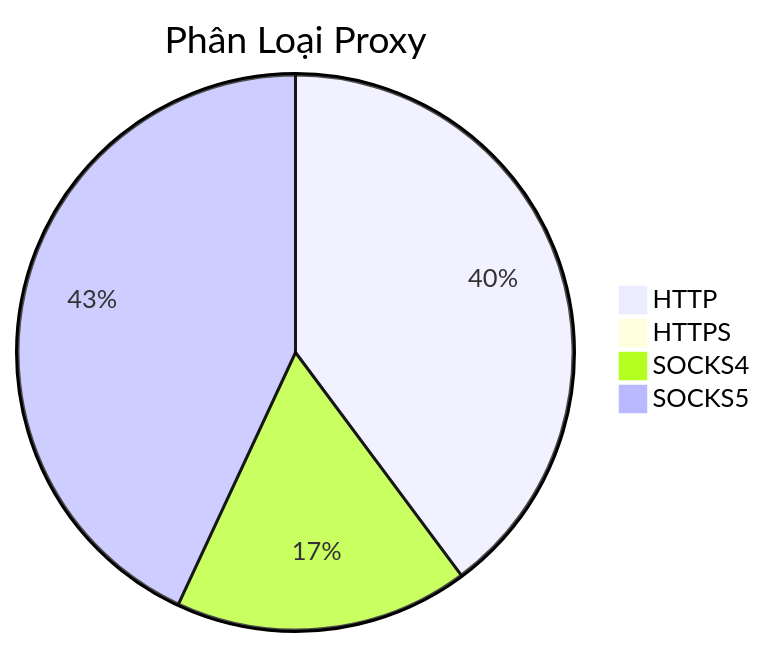
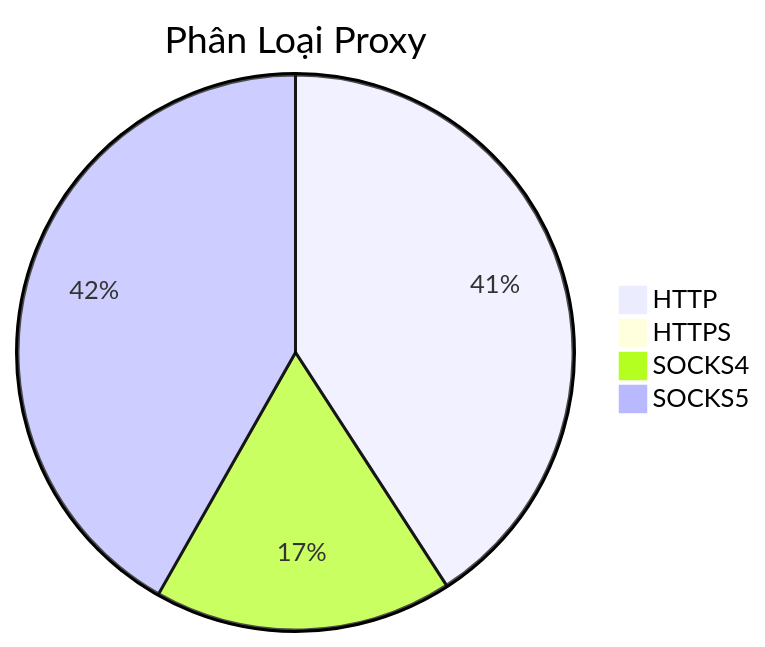
The diagram in README.md (Ciara-12/PROXY-free), drawn with Mermaid before and after one commit. The commit also changed other lines of this file and 4 other files, not shown here.

````diff
--- a/README.md
+++ b/README.md
@@ -26,7 +26,7 @@
 ```mermaid
 pie title Phân Loại Proxy
-    "HTTP" : 833
-    "HTTPS" : 2
-    "SOCKS4" : 358
-    "SOCKS5" : 901
+    "HTTP" : 1037
+    "HTTPS" : 6
+    "SOCKS4" : 441
+    "SOCKS5" : 1061
 ```
````
